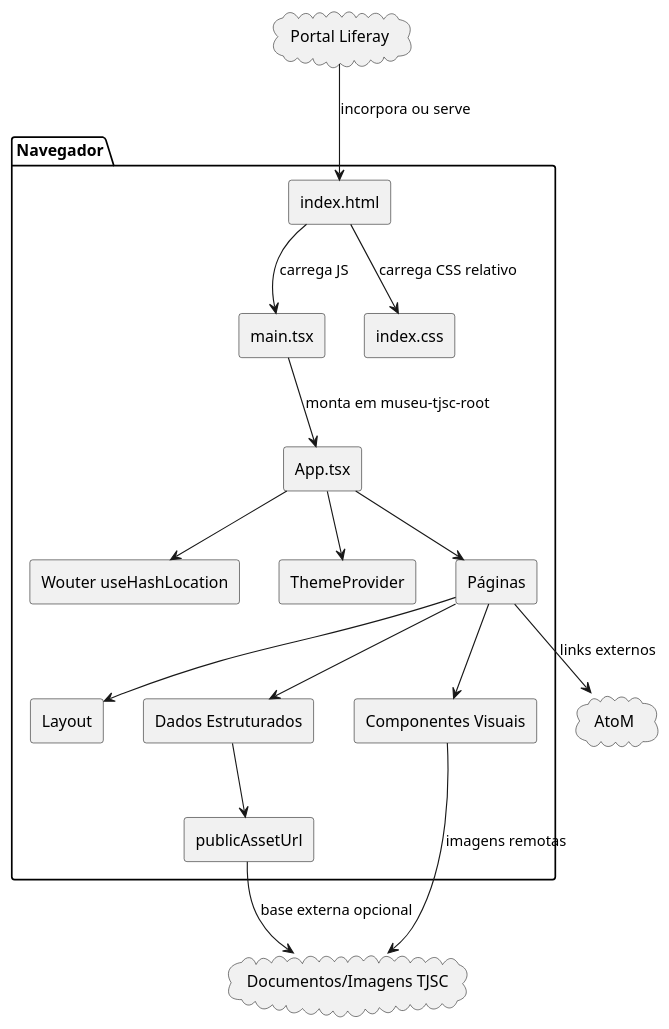
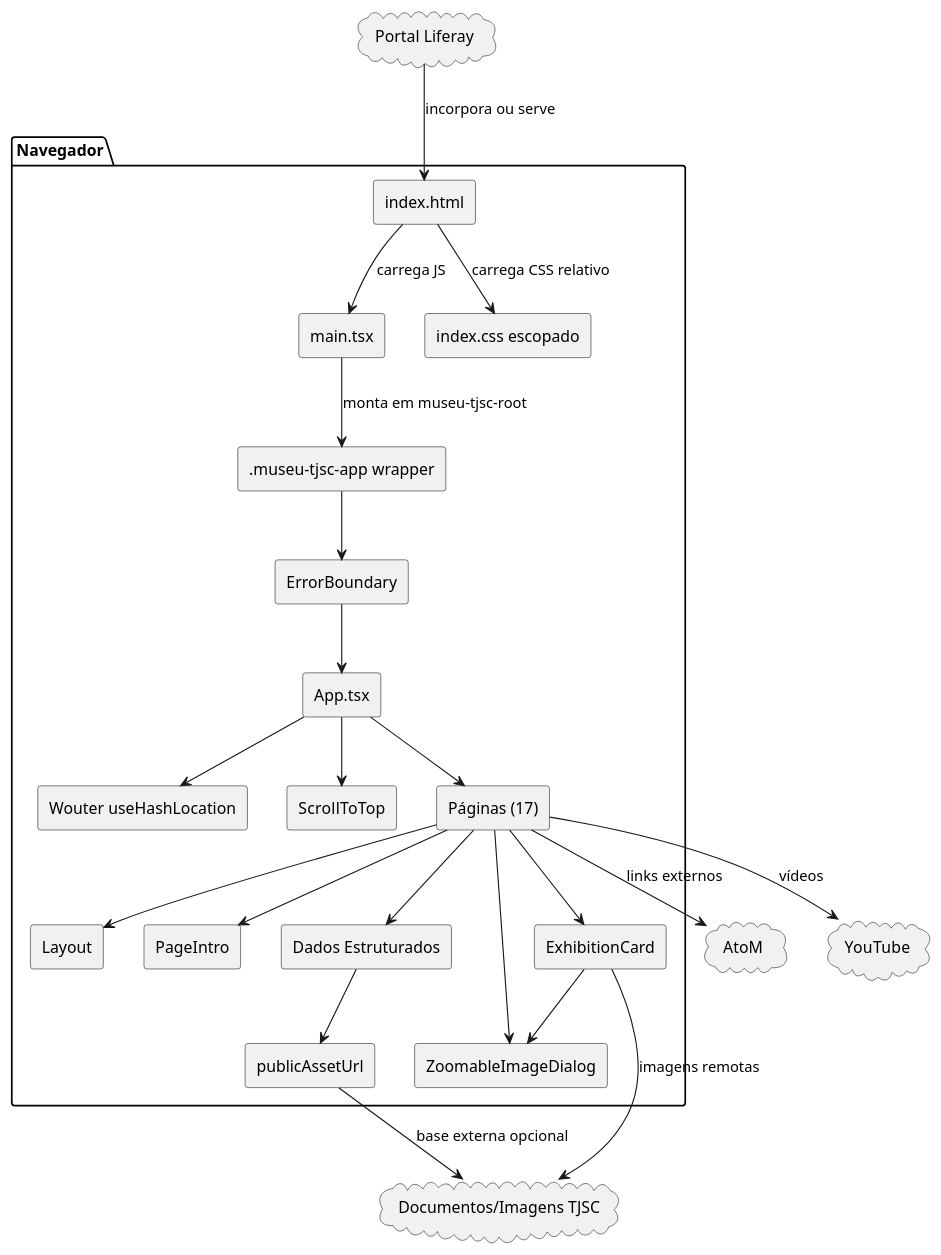
Before and after one commit to guilhermespamplona-prog/museu-tjsc: the third of 13 diagrams in docs/arquitetura-uml.md, drawn with PlantUML. The commit also changed other lines of this file and 80 other files, not shown here.

````diff
--- a/docs/arquitetura-uml.md
+++ b/docs/arquitetura-uml.md
@@ -483,39 +448,49 @@
 ```plantuml
 @startuml
 skinparam componentStyle rectangle
 
 package "Navegador" {
   component "index.html" as Html
   component "main.tsx" as Main
+  component ".museu-tjsc-app wrapper" as Scope
+  component "ErrorBoundary" as Boundary
   component "App.tsx" as App
   component "Wouter useHashLocation" as Router
-  component "ThemeProvider" as Theme
+  component "ScrollToTop" as Scroll
   component "Layout" as Layout
-  component "Páginas" as Pages
-  component "Componentes Visuais" as Visual
+  component "PageIntro" as PageIntro
+  component "ExhibitionCard" as ExhibitionCard
+  component "ZoomableImageDialog" as Dialog
+  component "Páginas (17)" as Pages
   component "Dados Estruturados" as Data
   component "publicAssetUrl" as AssetUrl
-  component "index.css" as Css
+  component "index.css escopado" as Css
 }
 
 cloud "Portal Liferay" as Liferay
 cloud "AtoM" as Atom
 cloud "Documentos/Imagens TJSC" as Docs
+cloud "YouTube" as YT
 
 Liferay --> Html : incorpora ou serve
 Html --> Main : carrega JS
 Html --> Css : carrega CSS relativo
-Main --> App : monta em museu-tjsc-root
+Main --> Scope : monta em museu-tjsc-root
+Scope --> Boundary
+Boundary --> App
 App --> Router
-App --> Theme
+App --> Scroll
 App --> Pages
 Pages --> Layout
-Pages --> Visual
+Pages --> PageIntro
+Pages --> ExhibitionCard
+Pages --> Dialog
 Pages --> Data
+ExhibitionCard --> Dialog
 Data --> AssetUrl
-Visual --> Docs : imagens remotas
+AssetUrl --> Docs : base externa opcional
+ExhibitionCard --> Docs : imagens remotas
 Pages --> Atom : links externos
-AssetUrl --> Docs : base externa opcional
-
+Pages --> YT : vídeos
 @enduml
 ```
````
